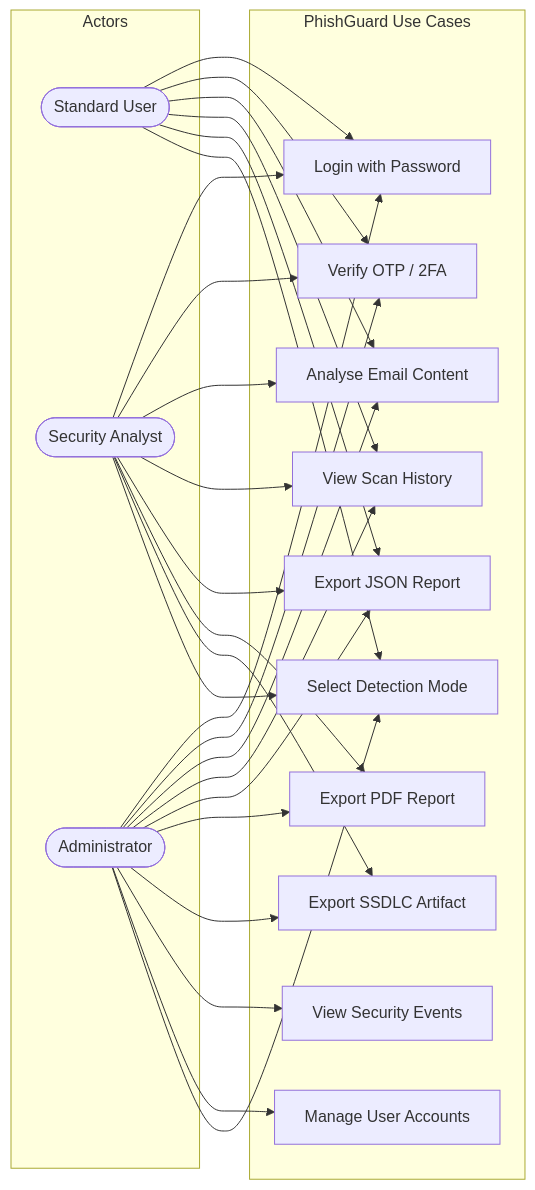
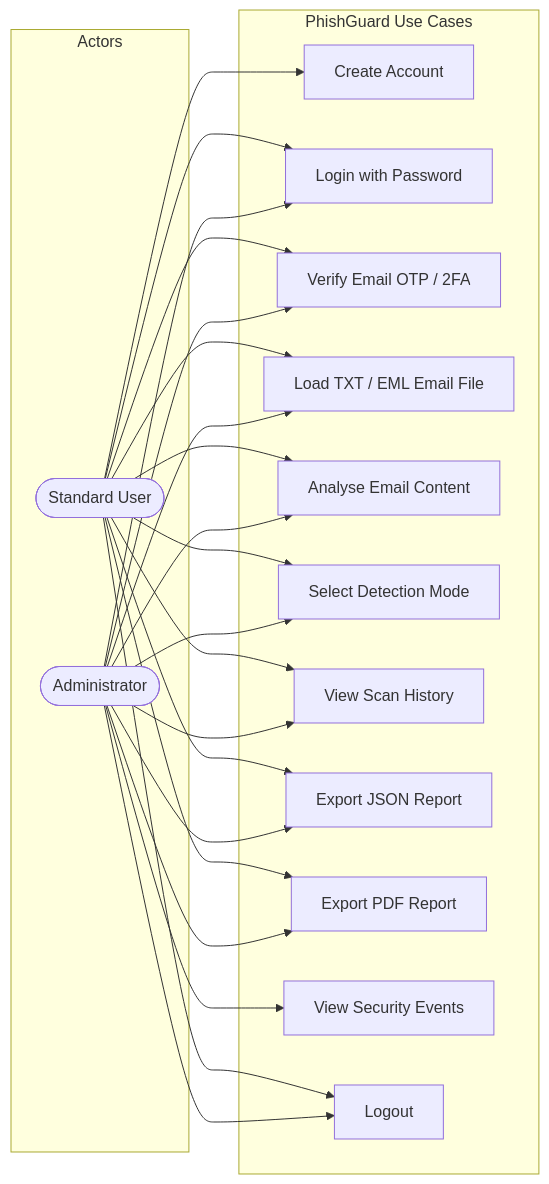
The sixth of 7 diagrams in reports/PhishGuard_Full_Report.md (marmikkarki20-droid/Email-phishing-Detection-system), drawn with Mermaid before and after one commit. The commit also changed other lines of this file and 16 other files, not shown here.

````diff
--- a/reports/PhishGuard_Full_Report.md
+++ b/reports/PhishGuard_Full_Report.md
@@ -430,25 +484,24 @@
 ```mermaid
 flowchart LR
     subgraph ACTORS[Actors]
         U([Standard User])
-        AN([Security Analyst])
         AD([Administrator])
     end
 
     subgraph UC[PhishGuard Use Cases]
-        UC1[Login with Password]
-        UC2[Verify OTP / 2FA]
-        UC3[Analyse Email Content]
-        UC4[View Scan History]
-        UC5[Export JSON Report]
-        UC6[Export PDF Report]
-        UC7[Export SSDLC Artifact]
-        UC8[View Security Events]
-        UC9[Manage User Accounts]
-        UC10[Select Detection Mode]
+        UC1[Create Account]
+        UC2[Login with Password]
+        UC3[Verify Email OTP / 2FA]
+        UC4[Load TXT / EML Email File]
+        UC5[Analyse Email Content]
+        UC6[Select Detection Mode]
+        UC7[View Scan History]
+        UC8[Export JSON Report]
+        UC9[Export PDF Report]
+        UC10[View Security Events]
+        UC11[Logout]
     end
 
-    U --> UC1 & UC2 & UC3 & UC4 & UC5 & UC10
-    AN --> UC1 & UC2 & UC3 & UC4 & UC5 & UC6 & UC7 & UC10
-    AD --> UC1 & UC2 & UC3 & UC4 & UC5 & UC6 & UC7 & UC8 & UC9 & UC10
+    U --> UC1 & UC2 & UC3 & UC4 & UC5 & UC6 & UC7 & UC8 & UC9 & UC11
+    AD --> UC2 & UC3 & UC4 & UC5 & UC6 & UC7 & UC8 & UC9 & UC10 & UC11
 ```
````
